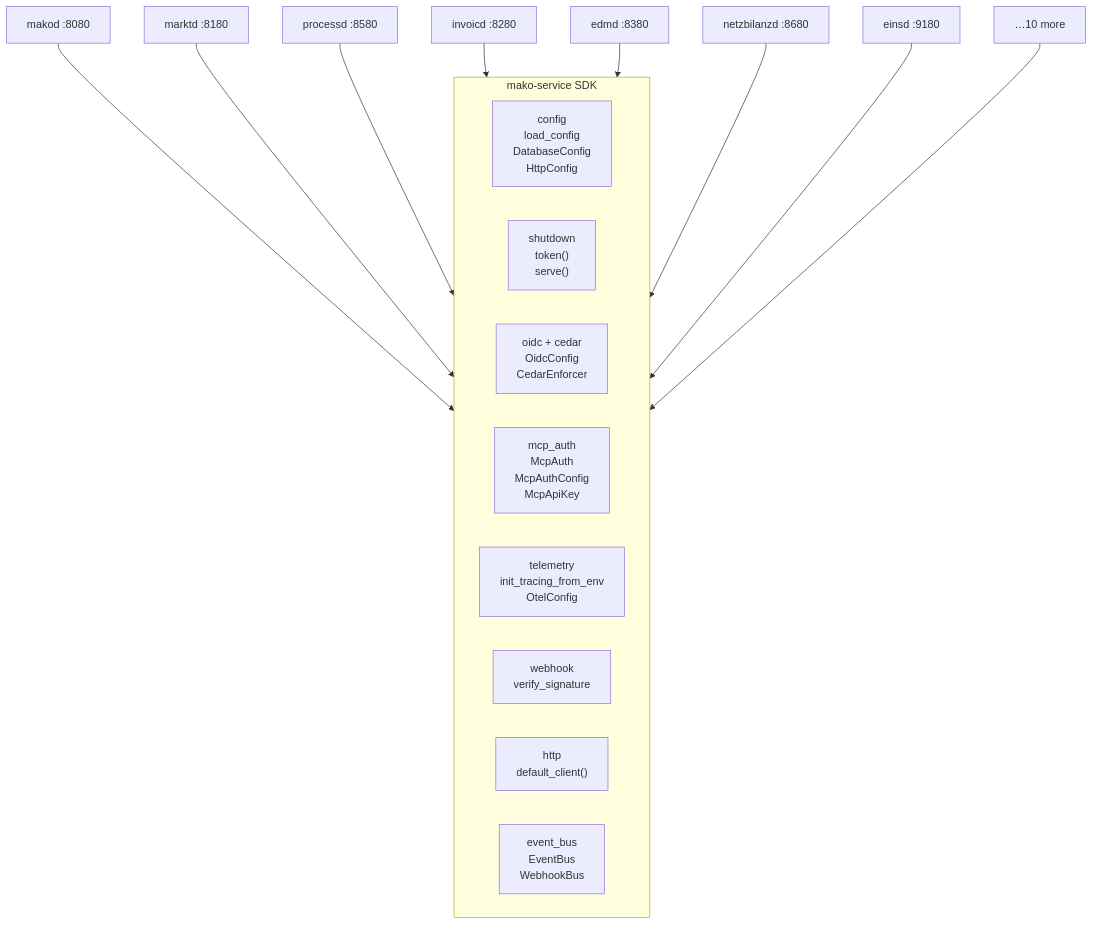
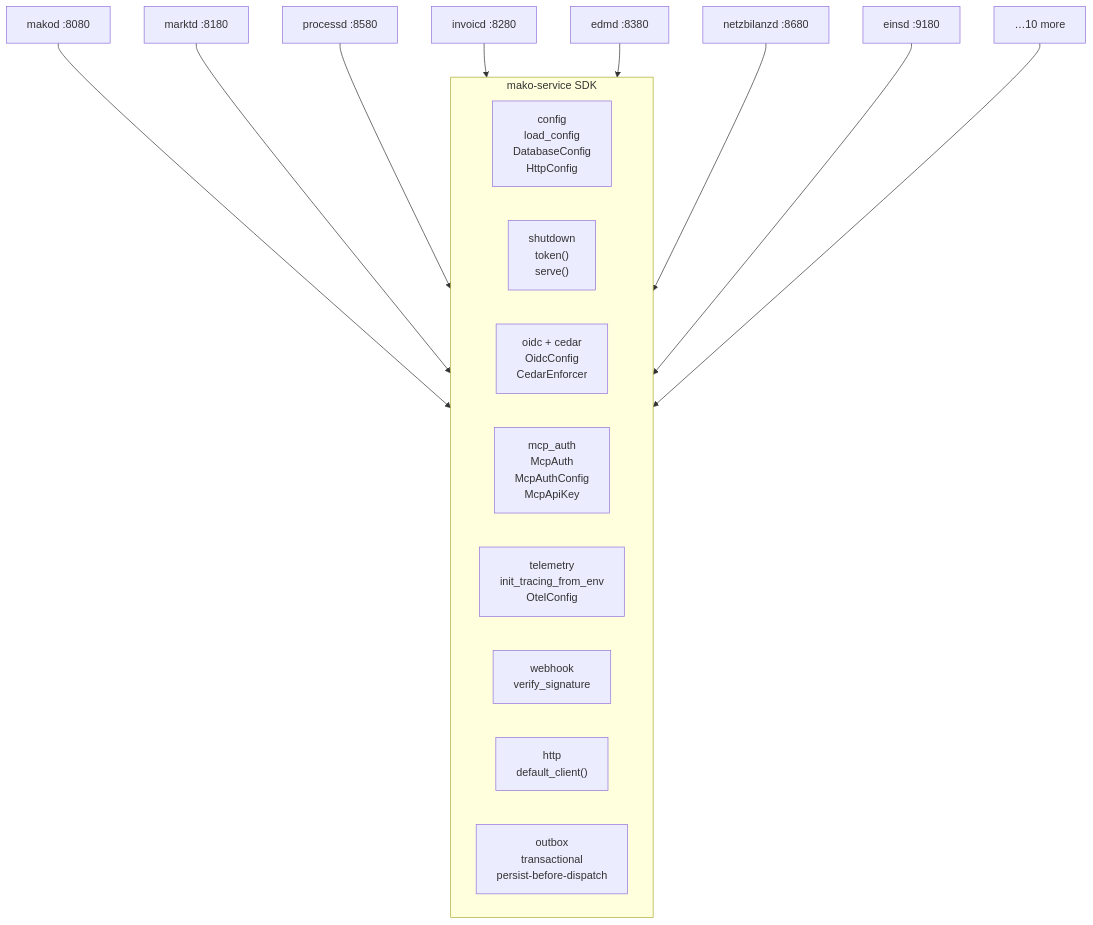
Before and after one commit to hupe1980/mako: the fourth of 5 diagrams in site/content/docs/architecture/_index.md, drawn with Mermaid. The commit also changed other lines of this file and 137 other files, not shown here.

````diff
--- a/site/content/docs/architecture/_index.md
+++ b/site/content/docs/architecture/_index.md
@@ -439,19 +439,19 @@
 ```mermaid
 graph TD
     A["makod :8080"] & B["marktd :8180"] & C["processd :8580"] & D["invoicd :8280"]
     E["edmd :8380"] & F["netzbilanzd :8680"] & G["einsd :9180"] & H["…10 more"]
 
     subgraph sdk ["mako-service SDK"]
         direction LR
         CFG["config<br/>load_config<br/>DatabaseConfig<br/>HttpConfig"]
         SD["shutdown<br/>token()<br/>serve()"]
         AUTH["oidc + cedar<br/>OidcConfig<br/>CedarEnforcer"]
         MCP["mcp_auth<br/>McpAuth<br/>McpAuthConfig<br/>McpApiKey"]
         TEL["telemetry<br/>init_tracing_from_env<br/>OtelConfig"]
         WEB["webhook<br/>verify_signature"]
         HTTP["http<br/>default_client()"]
-        EB["event_bus<br/>EventBus<br/>WebhookBus"]
+        OB["outbox<br/>transactional<br/>persist-before-dispatch"]
     end
 
     A & B & C & D & E & F & G & H --> sdk
 ```
````
